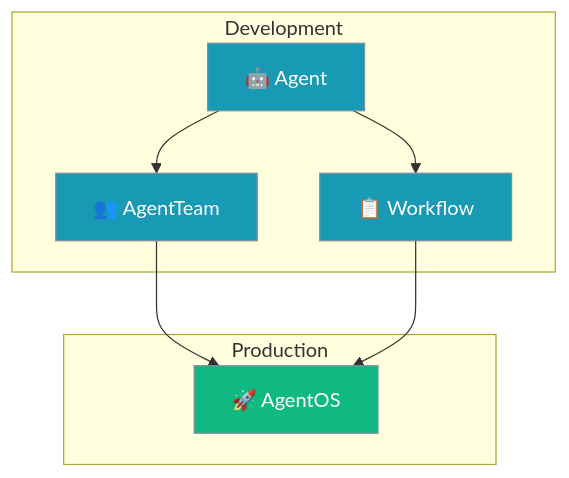
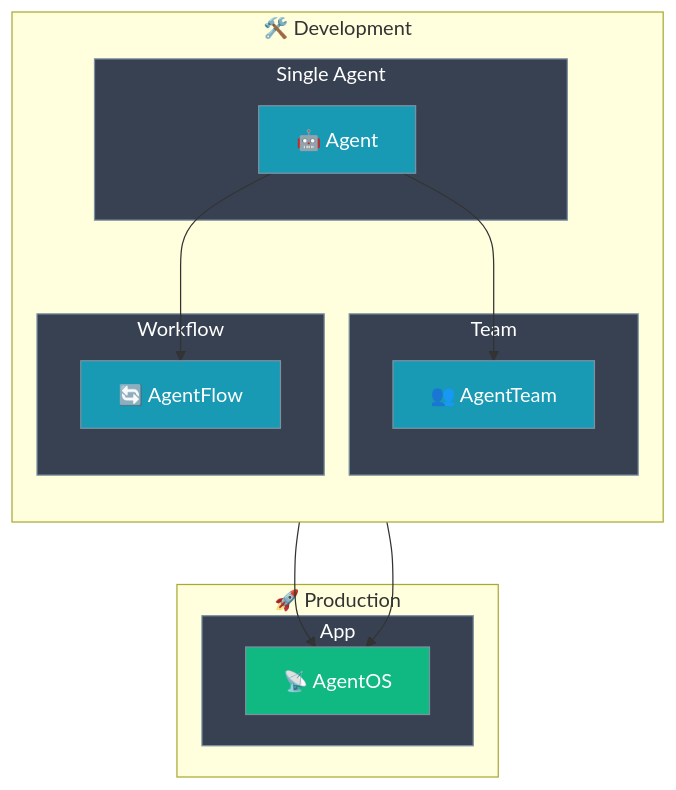
One commit to MervinPraison/PraisonAIDocs changed the first of 2 diagrams in docs/concepts/core-components.mdx. Above: the diagram before and after it, drawn with Mermaid. The commit also changed other lines of this file and 12 other files, not shown here.

````diff
--- a/docs/concepts/core-components.mdx
+++ b/docs/concepts/core-components.mdx
@@ -10,23 +10,34 @@
 ```mermaid
 graph TB
-    subgraph "Development"
-        Agent[🤖 Agent]
-        AgentTeam[👥 AgentTeam]
-        Workflow[📋 Workflow]
+    subgraph Development["🛠️ Development"]
+        direction TB
+        subgraph SingleAgent["Single Agent"]
+            Agent[🤖 Agent]
+        end
+        subgraph Team["Team"]
+            AgentTeam[👥 AgentTeam]
+        end
+        subgraph Workflow["Workflow"]
+            AgentFlow[🔄 AgentFlow]
+        end
     end
     
-    subgraph "Production"
-        AgentOS[🚀 AgentOS]
+    subgraph Production["🚀 Production"]
+        subgraph App["App"]
+            AgentOS[📡 AgentOS]
+        end
     end
     
     Agent --> AgentTeam
-    Agent --> Workflow
+    Agent --> AgentFlow
     AgentTeam --> AgentOS
-    Workflow --> AgentOS
+    AgentFlow --> AgentOS
     
     classDef dev fill:#189AB4,stroke:#7C90A0,color:#fff
     classDef prod fill:#10B981,stroke:#7C90A0,color:#fff
+    classDef category fill:#374151,stroke:#7C90A0,color:#fff
     
-    class Agent,AgentTeam,Workflow dev
+    class Agent,AgentTeam,AgentFlow dev
     class AgentOS prod
+    class SingleAgent,Team,Workflow,App category
 ```
````
